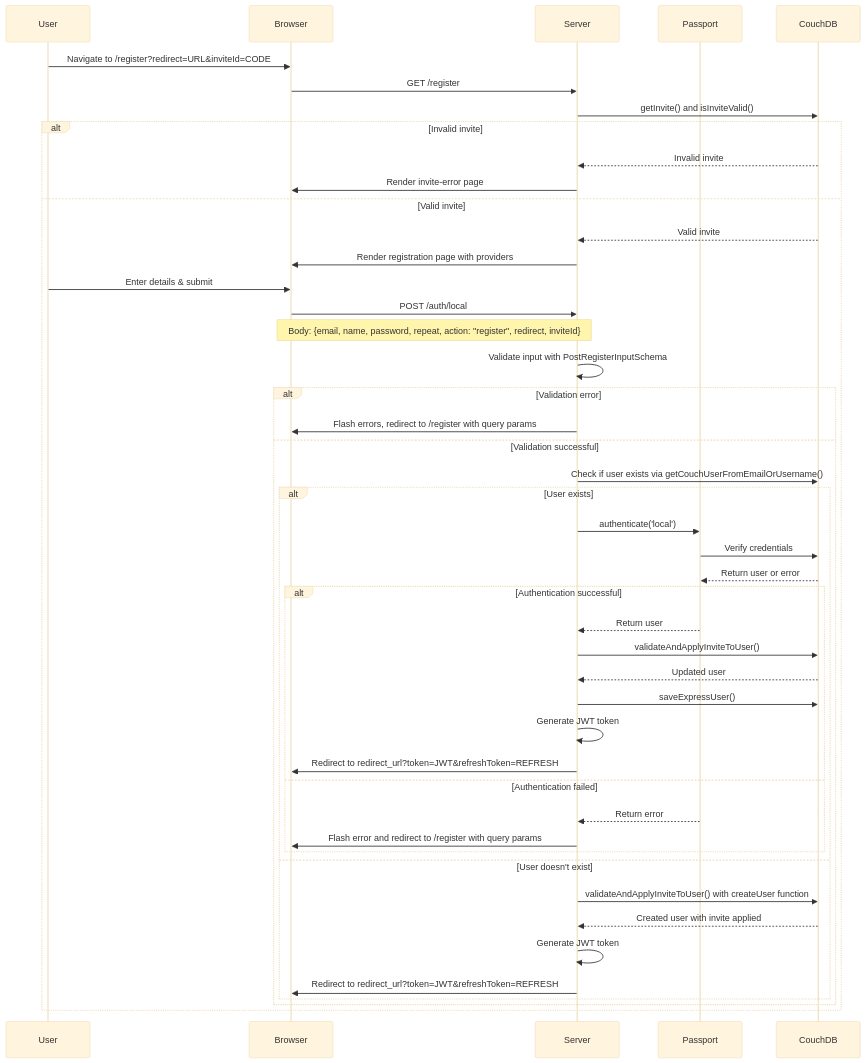
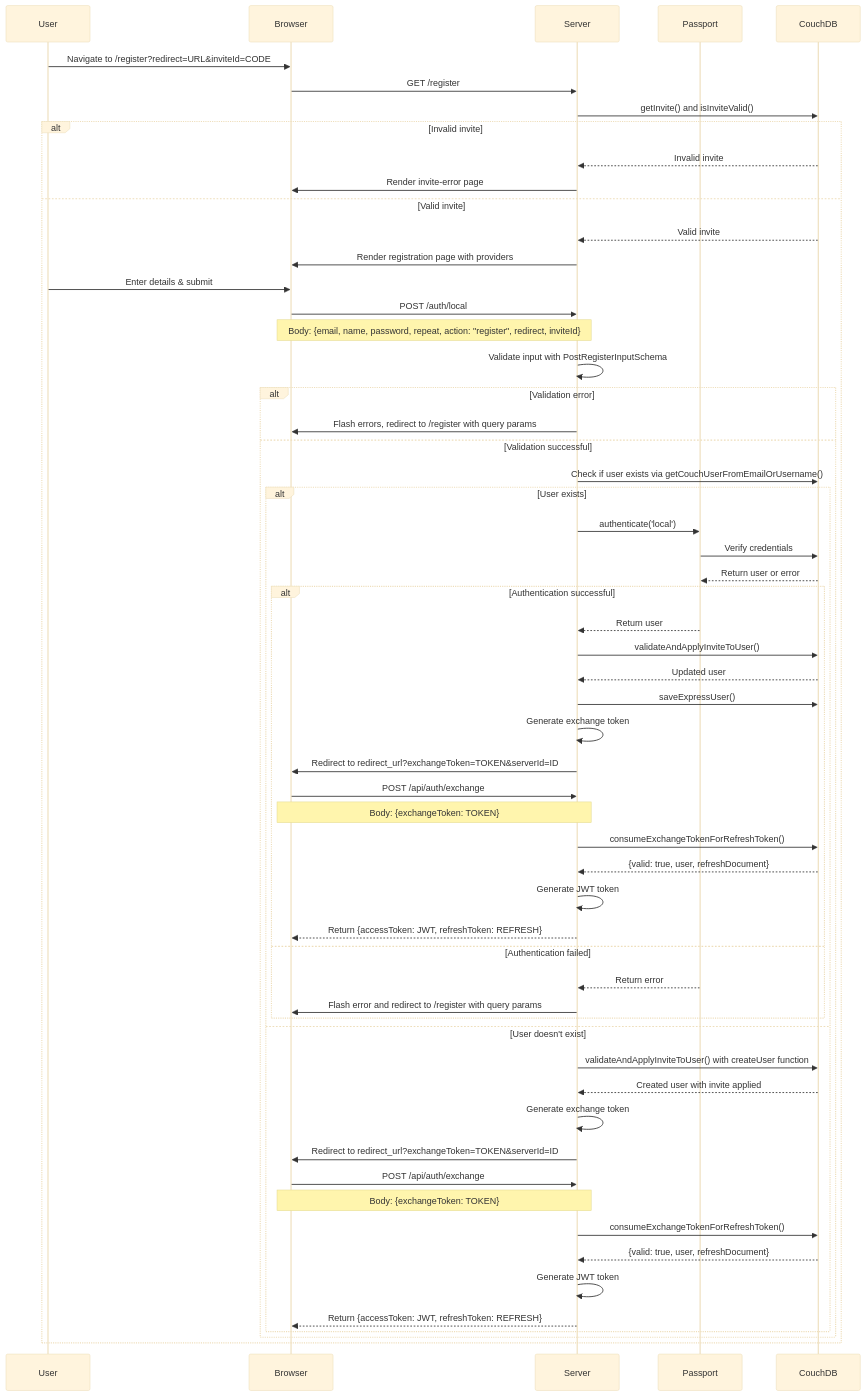
The third of 5 diagrams in docs/developer/docs/source/markdown/Authorisation/PassportAuth.md (FAIMS/FAIMS3), drawn with Mermaid (base theme) before and after one commit. The commit also changed other lines of this file and 2 other files, not shown here.

````diff
--- a/docs/developer/docs/source/markdown/Authorisation/PassportAuth.md
+++ b/docs/developer/docs/source/markdown/Authorisation/PassportAuth.md
@@ -82,55 +124,73 @@
 ```mermaid
 sequenceDiagram
     participant User
     participant Browser
     participant Server
     participant Passport
     participant CouchDB
 
     User->>Browser: Navigate to /register?redirect=URL&inviteId=CODE
     Browser->>Server: GET /register
     Server->>CouchDB: getInvite() and isInviteValid()
 
     alt Invalid invite
         CouchDB-->>Server: Invalid invite
         Server->>Browser: Render invite-error page
     else Valid invite
         CouchDB-->>Server: Valid invite
         Server->>Browser: Render registration page with providers
 
         User->>Browser: Enter details & submit
         Browser->>Server: POST /auth/local
         Note over Browser,Server: Body: {email, name, password, repeat, action: "register", redirect, inviteId}
 
         Server->>Server: Validate input with PostRegisterInputSchema
 
         alt Validation error
             Server->>Browser: Flash errors, redirect to /register with query params
         else Validation successful
             Server->>CouchDB: Check if user exists via getCouchUserFromEmailOrUsername()
 
             alt User exists
                 Server->>Passport: authenticate('local')
                 Passport->>CouchDB: Verify credentials
                 CouchDB-->>Passport: Return user or error
 
                 alt Authentication successful
                     Passport-->>Server: Return user
                     Server->>CouchDB: validateAndApplyInviteToUser()
                     CouchDB-->>Server: Updated user
                     Server->>CouchDB: saveExpressUser()
+                    Server->>Server: Generate exchange token
+                    Server->>Browser: Redirect to redirect_url?exchangeToken=TOKEN&serverId=ID
+
+                    Browser->>Server: POST /api/auth/exchange
+                    Note over Browser,Server: Body: {exchangeToken: TOKEN}
+
+                    Server->>CouchDB: consumeExchangeTokenForRefreshToken()
+                    CouchDB-->>Server: {valid: true, user, refreshDocument}
+
                     Server->>Server: Generate JWT token
-                    Server->>Browser: Redirect to redirect_url?token=JWT&refreshToken=REFRESH
+                    Server-->>Browser: Return {accessToken: JWT, refreshToken: REFRESH}
                 else Authentication failed
                     Passport-->>Server: Return error
                     Server->>Browser: Flash error and redirect to /register with query params
                 end
             else User doesn't exist
                 Server->>CouchDB: validateAndApplyInviteToUser() with createUser function
                 CouchDB-->>Server: Created user with invite applied
+                Server->>Server: Generate exchange token
+                Server->>Browser: Redirect to redirect_url?exchangeToken=TOKEN&serverId=ID
+
+                Browser->>Server: POST /api/auth/exchange
+                Note over Browser,Server: Body: {exchangeToken: TOKEN}
+
+                Server->>CouchDB: consumeExchangeTokenForRefreshToken()
+                CouchDB-->>Server: {valid: true, user, refreshDocument}
+
                 Server->>Server: Generate JWT token
-                Server->>Browser: Redirect to redirect_url?token=JWT&refreshToken=REFRESH
+                Server-->>Browser: Return {accessToken: JWT, refreshToken: REFRESH}
             end
         end
     end
 ```
````
